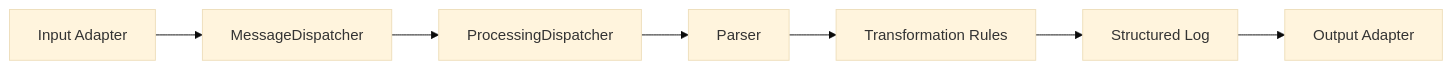
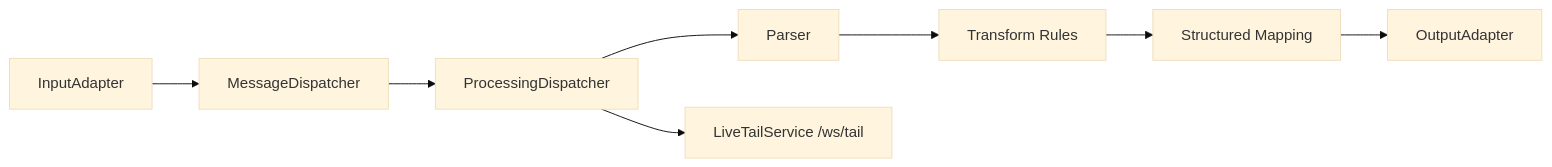
The diagram in logparser/README.md (keinus/castrelyx), drawn with Mermaid (base theme) before and after one commit. The commit also changed other lines of this file and 29 other files, not shown here.

````diff
--- a/logparser/README.md
+++ b/logparser/README.md
@@ -91,9 +94,10 @@
 ```mermaid
 flowchart LR
-  A["Input Adapter"] --> B["MessageDispatcher"]
-  B --> C["ProcessingDispatcher"]
-  C --> D["Parser"]
-  D --> E["Transformation Rules"]
-  E --> F["Structured Log"]
-  F --> G["Output Adapter"]
+  Input["InputAdapter"] --> MessageDispatcher["MessageDispatcher"]
+  MessageDispatcher --> ProcessingDispatcher["ProcessingDispatcher"]
+  ProcessingDispatcher --> Parser["Parser"]
+  Parser --> Transform["Transform Rules"]
+  Transform --> Structure["Structured Mapping"]
+  Structure --> Output["OutputAdapter"]
+  ProcessingDispatcher --> LiveTail["LiveTailService /ws/tail"]
 ```
````
